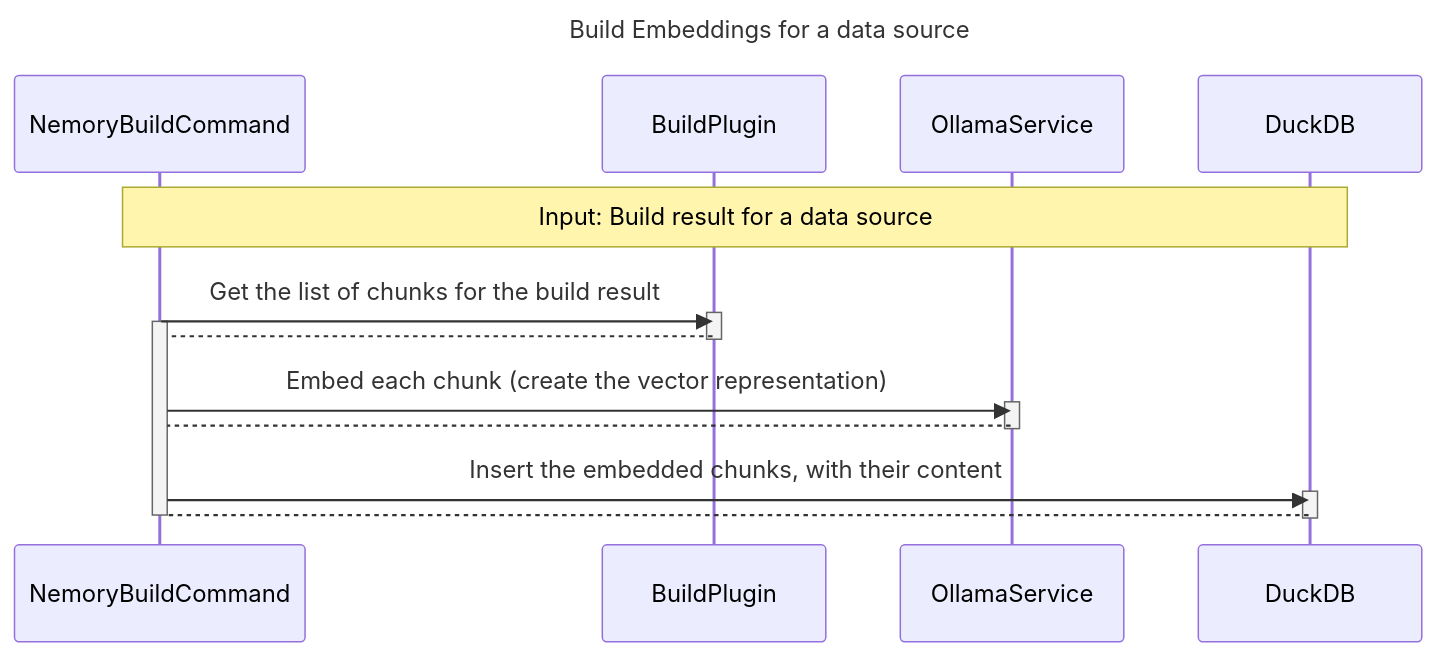
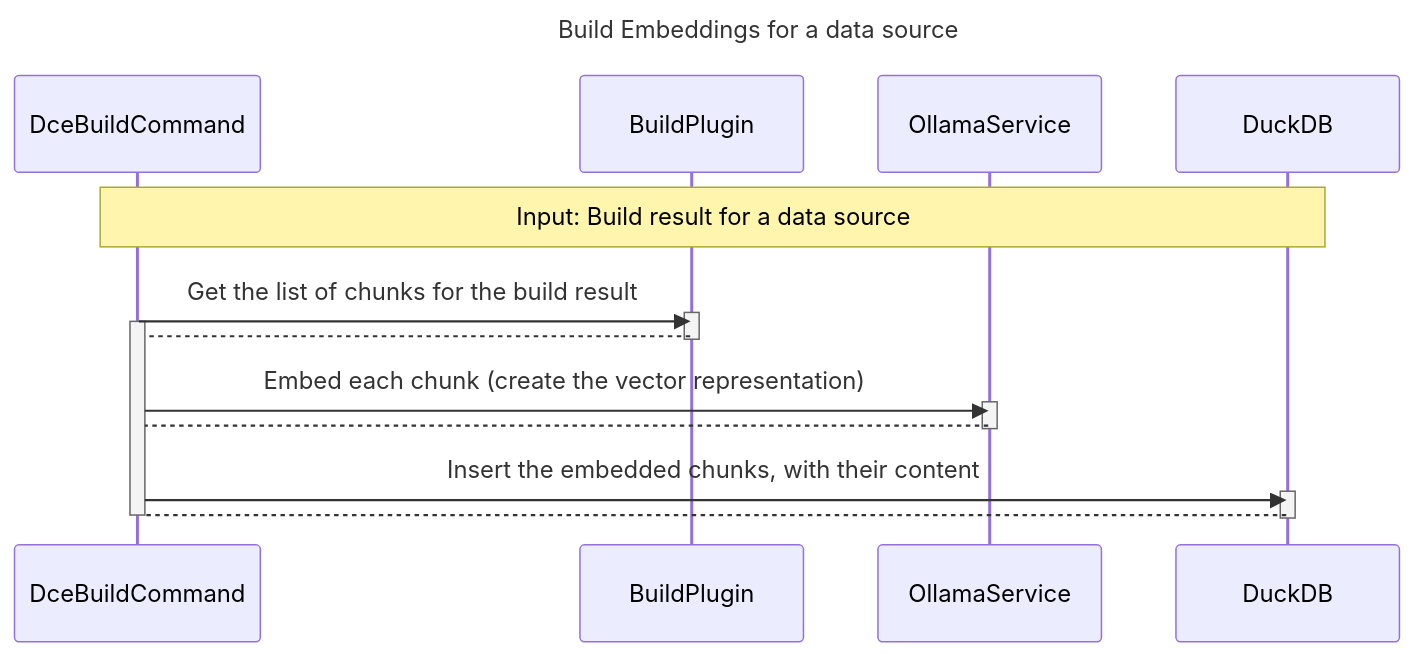
Before and after one commit to JetBrains/databao-context-engine: the second of 4 diagrams in docs/embeddings.md, drawn with Mermaid. The commit also changed other lines of this file and 273 other files, not shown here.

````diff
--- a/docs/embeddings.md
+++ b/docs/embeddings.md
@@ -35,26 +34,26 @@
 ```mermaid
 ---
 title: Build Embeddings for a data source
 ---
 sequenceDiagram
-    participant NemoryBuildCommand
+    participant DceBuildCommand
     participant BuildPlugin
     participant OllamaService
     participant DuckDB
     
-    Note over NemoryBuildCommand,DuckDB: Input: Build result for a data source
-    NemoryBuildCommand->>BuildPlugin: Get the list of chunks for the build result
-    activate NemoryBuildCommand
+    Note over DceBuildCommand,DuckDB: Input: Build result for a data source
+    DceBuildCommand->>BuildPlugin: Get the list of chunks for the build result
+    activate DceBuildCommand
     activate BuildPlugin
     deactivate BuildPlugin
-    BuildPlugin-->NemoryBuildCommand: 
-    NemoryBuildCommand->>OllamaService: Embed each chunk (create the vector representation)
+    BuildPlugin-->DceBuildCommand: 
+    DceBuildCommand->>OllamaService: Embed each chunk (create the vector representation)
     activate OllamaService
     deactivate OllamaService
-    OllamaService-->NemoryBuildCommand:  
-    NemoryBuildCommand->>DuckDB: Insert the embedded chunks, with their content
+    OllamaService-->DceBuildCommand:  
+    DceBuildCommand->>DuckDB: Insert the embedded chunks, with their content
     activate DuckDB
     deactivate DuckDB
-    DuckDB-->NemoryBuildCommand: 
-    deactivate NemoryBuildCommand
+    DuckDB-->DceBuildCommand: 
+    deactivate DceBuildCommand
 ```
````
